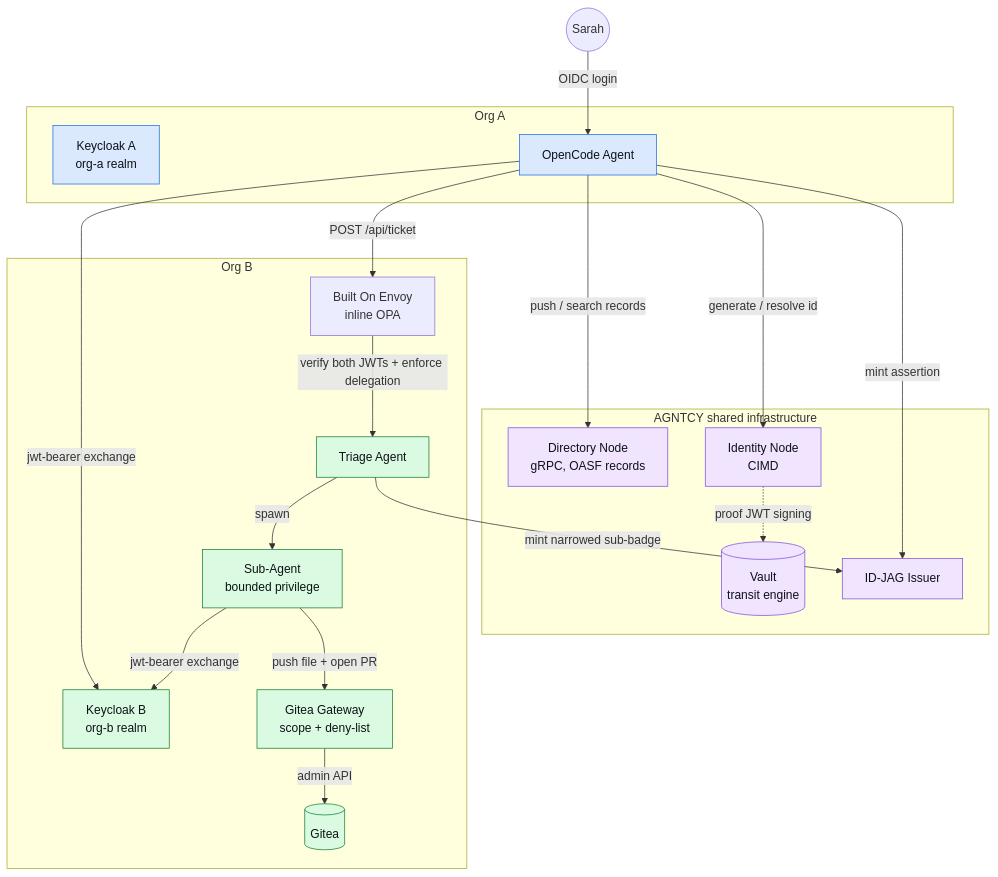
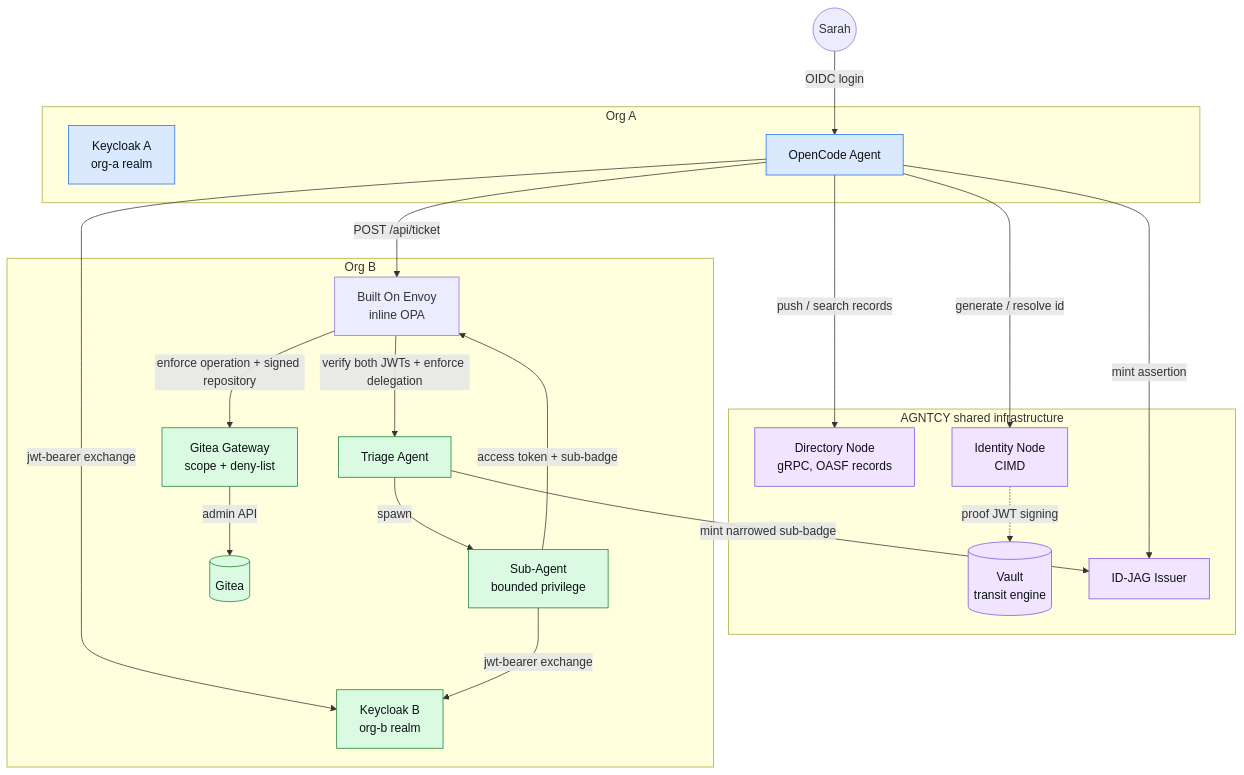
Before and after one commit to agntcy/agent-identity-demos: the first of 2 diagrams in cross-domain-id-jag-vc/README.md, drawn with Mermaid. The commit also changed other lines of this file and 13 other files, not shown here.

Commit message:
feat: enforce delegated resource access with Envoy

````diff
--- a/cross-domain-id-jag-vc/README.md
+++ b/cross-domain-id-jag-vc/README.md
@@ -45,46 +47,47 @@
 ```mermaid
 flowchart TB
     Sarah(("Sarah"))
 
     subgraph OrgA[" Org A "]
         KCA["Keycloak A\norg-a realm"]
         OC["OpenCode Agent"]
     end
 
     subgraph AGNTCY[" AGNTCY shared infrastructure "]
         Dir["Directory Node\ngRPC, OASF records"]
         IdNode["Identity Node\nCIMD"]
         Vault[("Vault\ntransit engine")]
         IDJAG["ID-JAG Issuer"]
     end
 
     subgraph OrgB[" Org B "]
         KCB["Keycloak B\norg-b realm"]
         Envoy["Built On Envoy\ninline OPA"]
         Triage["Triage Agent"]
         Sub["Sub-Agent\nbounded privilege"]
         GW["Gitea Gateway\nscope + deny-list"]
         Gitea[("Gitea")]
     end
 
     Sarah -->|"OIDC login"| OC
     OC -->|"push / search records"| Dir
     OC -->|"generate / resolve id"| IdNode
     IdNode -.->|"proof JWT signing"| Vault
     OC -->|"mint assertion"| IDJAG
     OC -->|"jwt-bearer exchange"| KCB
     OC -->|"POST /api/ticket"| Envoy
     Envoy -->|"verify both JWTs + enforce delegation"| Triage
     Triage -->|"mint narrowed sub-badge"| IDJAG
     Triage -->|"spawn"| Sub
     Sub -->|"jwt-bearer exchange"| KCB
-    Sub -->|"push file + open PR"| GW
+    Sub -->|"access token + sub-badge"| Envoy
+    Envoy -->|"enforce operation + signed repository"| GW
     GW -->|"admin API"| Gitea
 
     classDef orgA fill:#dbe9fe,stroke:#1f6feb,color:#0d1117;
     classDef orgB fill:#dafbe1,stroke:#1a7f37,color:#0d1117;
     classDef shared fill:#f1e4ff,stroke:#8250df,color:#0d1117;
     class KCA,OC orgA;
     class KCB,Triage,Sub,GW,Gitea orgB;
     class Dir,IdNode,Vault,IDJAG shared;
 ```
````
